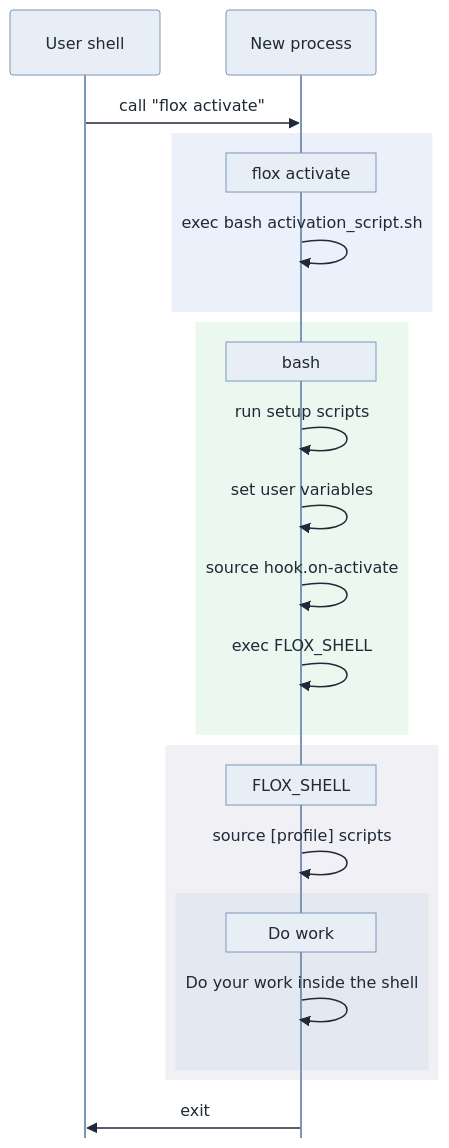
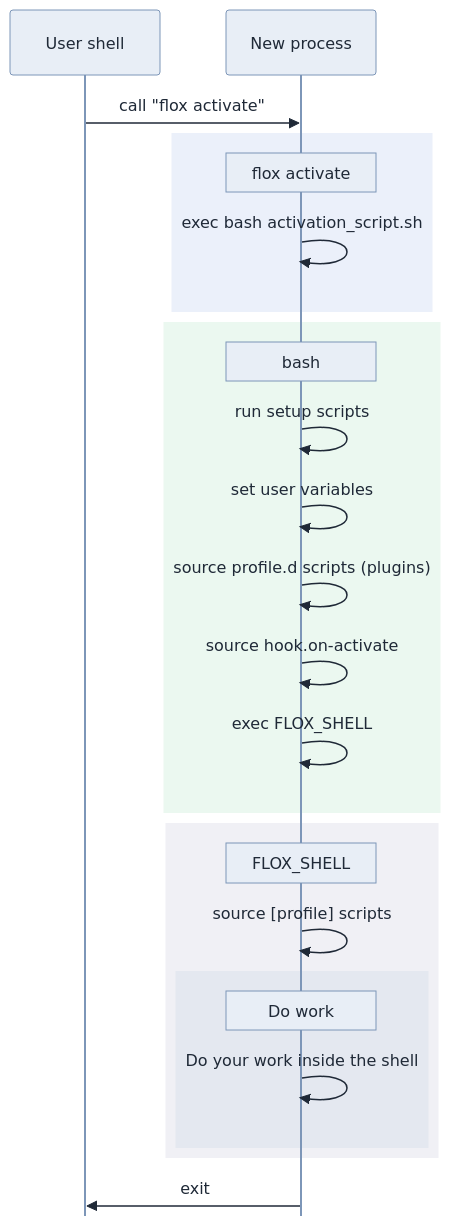
The fourth of 5 diagrams in concepts/activation.mdx (flox/docs), drawn with Mermaid before and after one commit. The commit also changed other lines of this file, not shown here.

First line of the commit message:
docs(activation): show where plugins hook into the activation timeline

````diff
--- a/concepts/activation.mdx
+++ b/concepts/activation.mdx
@@ -237,27 +237,28 @@
 ```mermaid
 %%{init: {'theme':'base','themeVariables':{'primaryColor':'#e8eef6','primaryBorderColor':'#7d96b8','primaryTextColor':'#1f2937','lineColor':'#7d96b8','noteBkgColor':'#e8eef6','noteTextColor':'#1f2937','noteBorderColor':'#7d96b8','actorBkg':'#e8eef6','actorBorder':'#7d96b8','actorTextColor':'#1f2937','actorLineColor':'#7d96b8','signalColor':'#1f2937','signalTextColor':'#1f2937','labelBoxBkgColor':'#e8eef6','labelBoxBorderColor':'#7d96b8','labelTextColor':'#1f2937','loopTextColor':'#1f2937','sequenceNumberColor':'#1f2937'},'sequence':{'mirrorActors':false}}}%%
 sequenceDiagram
     participant U as User shell
     participant P as New process
     U->>P: call "flox activate"
     rect rgb(235, 240, 250)
       Note over P: flox activate
       P->>P: exec bash activation_script.sh
     end
     rect rgb(235, 248, 240)
       Note over P: bash
       P->>P: run setup scripts
       P->>P: set user variables
+      P->>P: source profile.d scripts (plugins)
       P->>P: source hook.on-activate
       P->>P: exec FLOX_SHELL
     end
     rect rgb(240, 240, 245)
       Note over P: FLOX_SHELL
       P->>P: source [profile] scripts
       rect rgb(228, 232, 240)
         Note over P: Do work
         P->>P: Do your work inside the shell
       end
     end
     P->>U: exit
 ```
````
